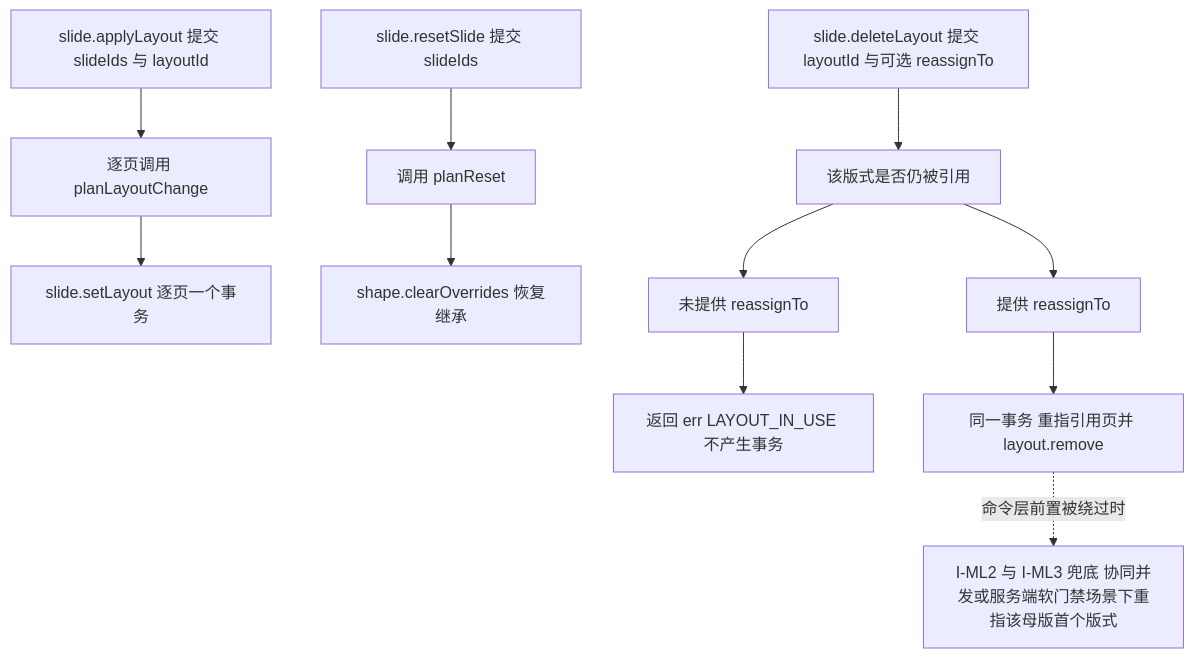
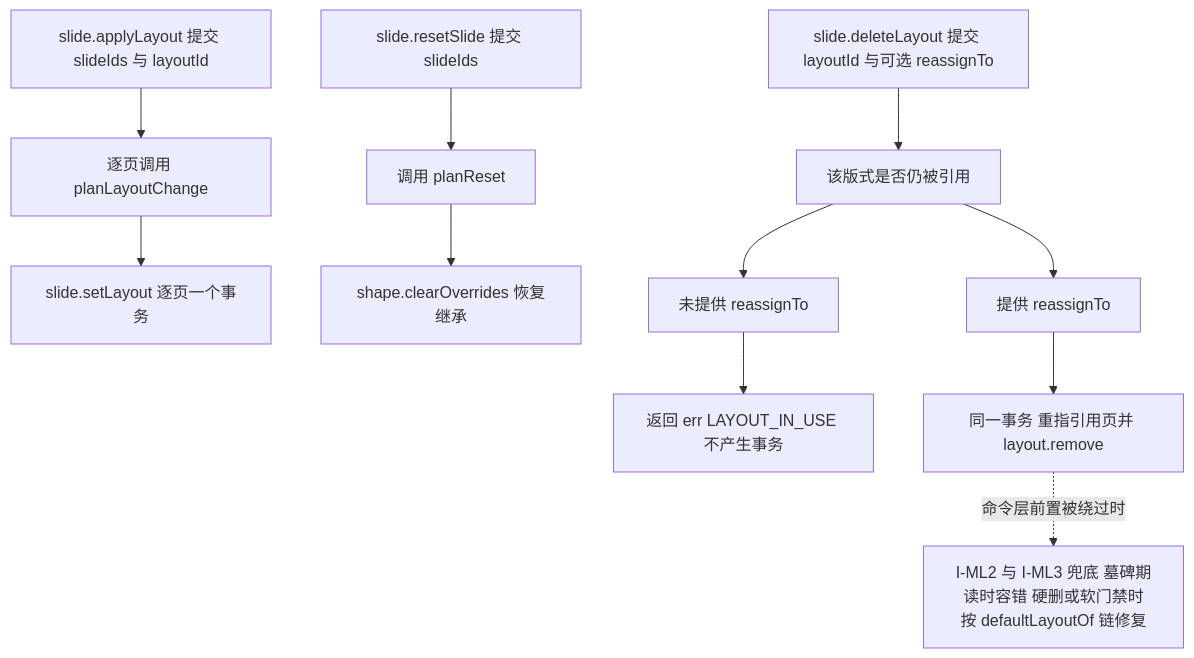
Before and after one commit to Xeonice/cordis-ppt-editor: the fourth of 9 diagrams in docs/40-modules/03-slide-domain-model.md, drawn with Mermaid. The commit also changed other lines of this file and 59 other files, not shown here.

````diff
--- a/docs/40-modules/03-slide-domain-model.md
+++ b/docs/40-modules/03-slide-domain-model.md
@@ -341,24 +345,24 @@
 ```mermaid
 flowchart TB
   startApply["slide.applyLayout 提交 slideIds 与 layoutId"]
   planChange["逐页调用 planLayoutChange"]
   setLayoutMutation["slide.setLayout 逐页一个事务"]
   startReset["slide.resetSlide 提交 slideIds"]
   planReset["调用 planReset"]
   clearOverrides["shape.clearOverrides 恢复继承"]
   startDelete["slide.deleteLayout 提交 layoutId 与可选 reassignTo"]
   checkRef["该版式是否仍被引用"]
   noReassign["未提供 reassignTo"]
   hasReassign["提供 reassignTo"]
   failClosed["返回 err LAYOUT_IN_USE 不产生事务"]
   txDelete["同一事务 重指引用页并 layout.remove"]
-  invariantFallback["I-ML2 与 I-ML3 兜底 协同并发或服务端软门禁场景下重指该母版首个版式"]
+  invariantFallback["I-ML2 与 I-ML3 兜底 墓碑期读时容错 硬删或软门禁时按 defaultLayoutOf 链修复"]
   startApply --> planChange --> setLayoutMutation
   startReset --> planReset --> clearOverrides
   startDelete --> checkRef
   checkRef --> noReassign
   checkRef --> hasReassign
   noReassign --> failClosed
   hasReassign --> txDelete
   txDelete -. "命令层前置被绕过时" .-> invariantFallback
 ```
````
